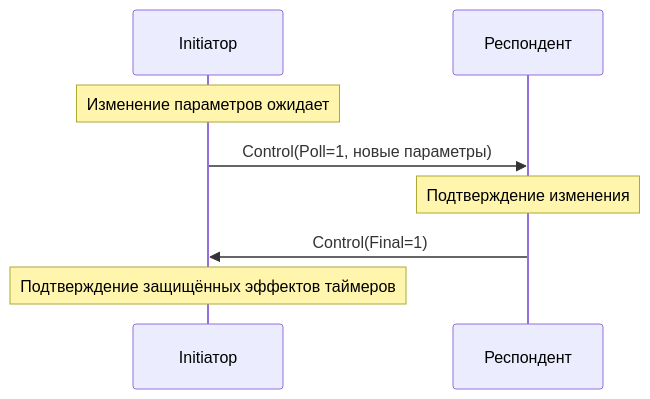
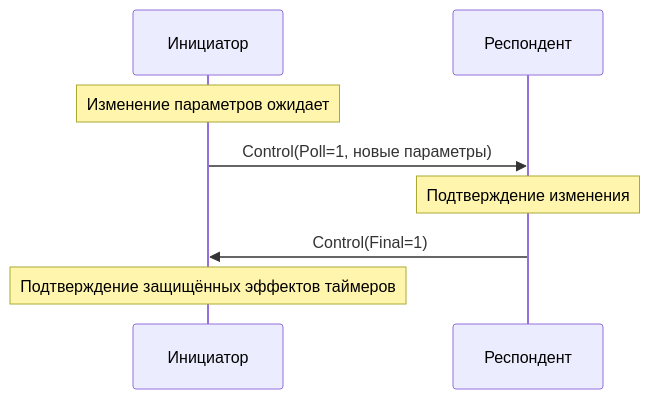
One commit to dantte-lp/gobfd changed the second of 2 diagrams in docs/ru/02-protocol.md. Above: the diagram before and after it, drawn with Mermaid. The commit also changed 24 other files, not shown here.

````diff
--- a/docs/ru/02-protocol.md
+++ b/docs/ru/02-protocol.md
@@ -210,11 +210,11 @@
 ```mermaid
 sequenceDiagram
-    participant A as Initiатор
+    participant A as Инициатор
     participant B as Респондент
 
     Note over A: Изменение параметров ожидает
     A->>B: Control(Poll=1, новые параметры)
     Note over B: Подтверждение изменения
     B->>A: Control(Final=1)
     Note over A: Подтверждение защищённых эффектов таймеров
 ```
````
